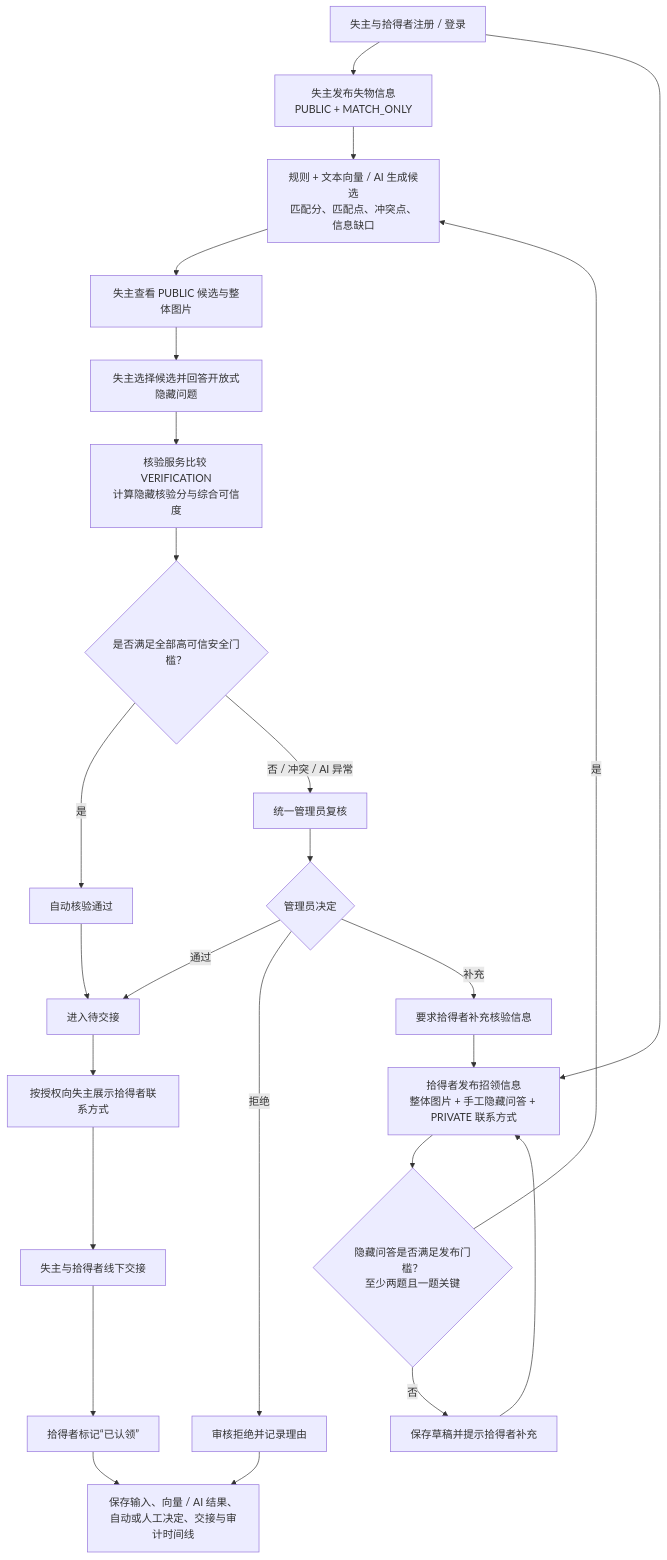
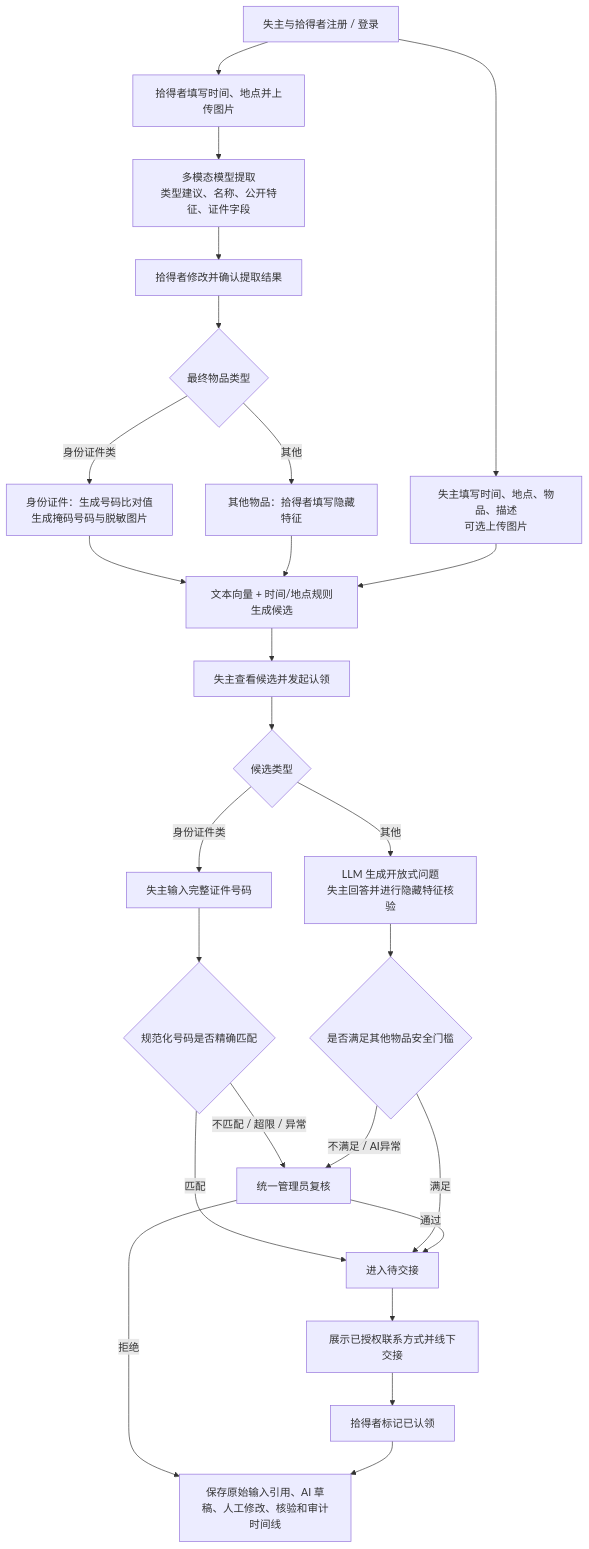
Before and after one commit to xushengyu1/day56-submission: the second of 5 diagrams in prd.md, drawn with Mermaid. The commit also changed other lines of this file and 25 other files, not shown here.

````diff
--- a/prd.md
+++ b/prd.md
@@ -378,48 +392,40 @@
 ```mermaid
 flowchart TD
     A["失主与拾得者注册 / 登录"]
-    B["失主发布失物信息<br/>PUBLIC + MATCH_ONLY"]
-    C["拾得者发布招领信息<br/>整体图片 + 手工隐藏问答 + PRIVATE 联系方式"]
-    D{"隐藏问答是否满足发布门槛？<br/>至少两题且一题关键"}
-    E["保存草稿并提示拾得者补充"]
-    F["规则 + 文本向量 / AI 生成候选<br/>匹配分、匹配点、冲突点、信息缺口"]
-    G["失主查看 PUBLIC 候选与整体图片"]
-    H["失主选择候选并回答开放式隐藏问题"]
-    I["核验服务比较 VERIFICATION<br/>计算隐藏核验分与综合可信度"]
-    J{"是否满足全部高可信安全门槛？"}
-    K["自动核验通过"]
-    L["统一管理员复核"]
-    M{"管理员决定"}
-    N["审核拒绝并记录理由"]
-    O["要求拾得者补充核验信息"]
-    P["进入待交接"]
-    Q["按授权向失主展示拾得者联系方式"]
-    R["失主与拾得者线下交接"]
-    S["拾得者标记“已认领”"]
-    T["保存输入、向量 / AI 结果、自动或人工决定、交接与审计时间线"]
+    B["失主填写时间、地点、物品、描述<br/>可选上传图片"]
+    C["拾得者填写时间、地点并上传图片"]
+    D["多模态模型提取<br/>类型建议、名称、公开特征、证件字段"]
+    E["拾得者修改并确认提取结果"]
+    F{"最终物品类型"}
+    G["身份证件：生成号码比对值<br/>生成掩码号码与脱敏图片"]
+    H["其他物品：拾得者填写隐藏特征"]
+    I["文本向量 + 时间/地点规则生成候选"]
+    J["失主查看候选并发起认领"]
+    K{"候选类型"}
+    L["失主输入完整证件号码"]
+    M{"规范化号码是否精确匹配"}
+    N["LLM 生成开放式问题<br/>失主回答并进行隐藏特征核验"]
+    O{"是否满足其他物品安全门槛"}
+    P["统一管理员复核"]
+    Q["进入待交接"]
+    R["展示已授权联系方式并线下交接"]
+    S["拾得者标记已认领"]
+    T["保存原始输入引用、AI 草稿、人工修改、核验和审计时间线"]
 
     A --> B
     A --> C
-    C --> D
-    D -- "否" --> E
-    E --> C
-    D -- "是" --> F
-    B --> F
-    F --> G
-    G --> H
-    H --> I
-    I --> J
-    J -- "是" --> K
-    K --> P
-    J -- "否 / 冲突 / AI 异常" --> L
-    L --> M
-    M -- "通过" --> P
-    M -- "拒绝" --> N
-    M -- "补充" --> O
-    O --> C
-    P --> Q
-    Q --> R
-    R --> S
-    S --> T
-    N --> T
+    C --> D --> E --> F
+    F -- "身份证件类" --> G --> I
+    F -- "其他" --> H --> I
+    B --> I
+    I --> J --> K
+    K -- "身份证件类" --> L --> M
+    M -- "匹配" --> Q
+    M -- "不匹配 / 超限 / 异常" --> P
+    K -- "其他" --> N --> O
+    O -- "满足" --> Q
+    O -- "不满足 / AI异常" --> P
+    P -- "通过" --> Q
+    P -- "拒绝" --> T
+    Q --> R --> S --> T
 ```
````
